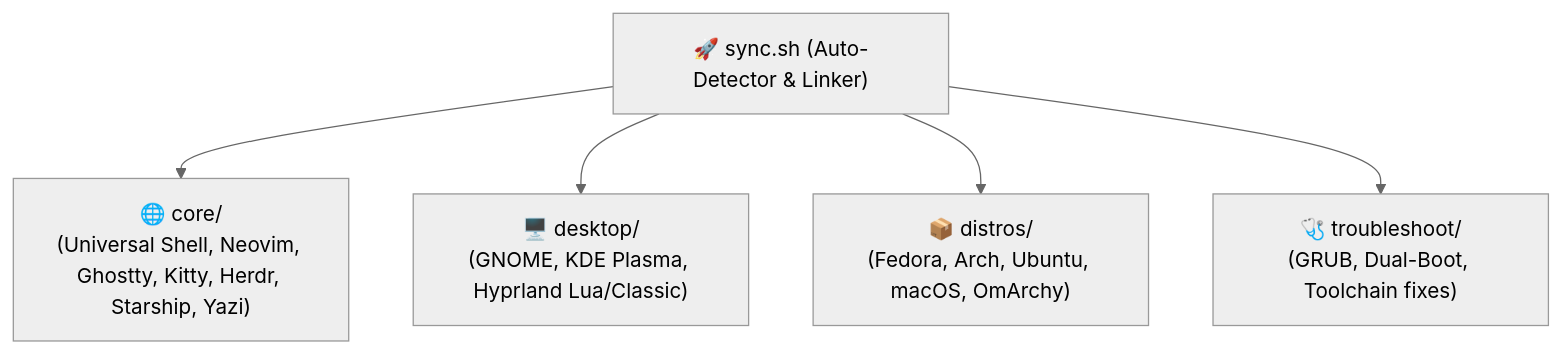
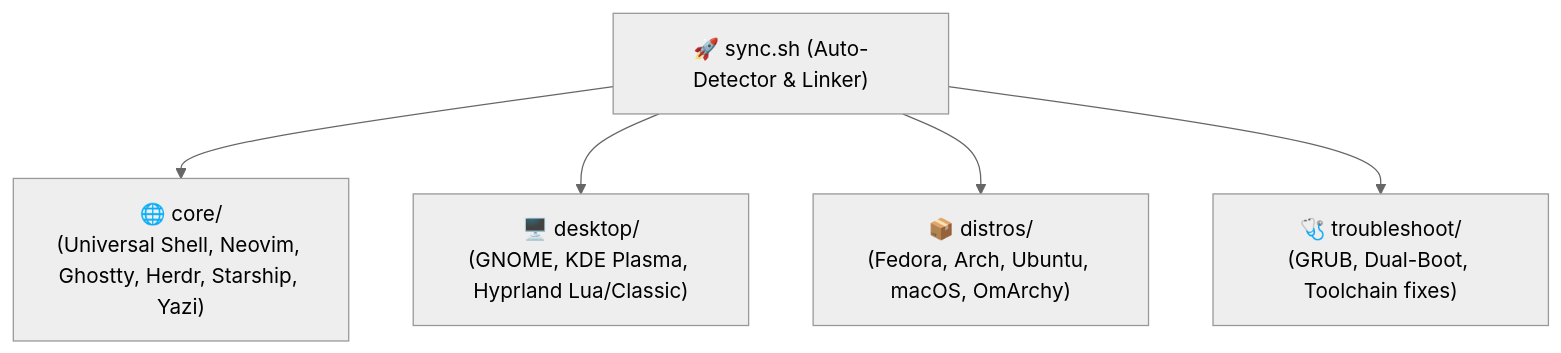
Before and after one commit to Codesmith28/archConfig: the diagram in README.md, drawn with Mermaid (neutral theme). The commit also changed other lines of this file and 17 other files, not shown here.

````diff
--- a/README.md
+++ b/README.md
@@ -16,13 +16,13 @@
 ```mermaid
 graph TD
     Sync["🚀 sync.sh (Auto-Detector & Linker)"]
-    Core["🌐 core/<br/>(Universal Shell, Neovim, Ghostty, Kitty, Herdr, Starship, Yazi)"]
+    Core["🌐 core/<br/>(Universal Shell, Neovim, Ghostty, Herdr, Starship, Yazi)"]
     Desktop["🖥️ desktop/<br/>(GNOME, KDE Plasma, Hyprland Lua/Classic)"]
     Distros["📦 distros/<br/>(Fedora, Arch, Ubuntu, macOS, OmArchy)"]
     Troubleshoot["🩺 troubleshoot/<br/>(GRUB, Dual-Boot, Toolchain fixes)"]
     
     Sync --> Core
     Sync --> Desktop
     Sync --> Distros
     Sync --> Troubleshoot
 ```
````
